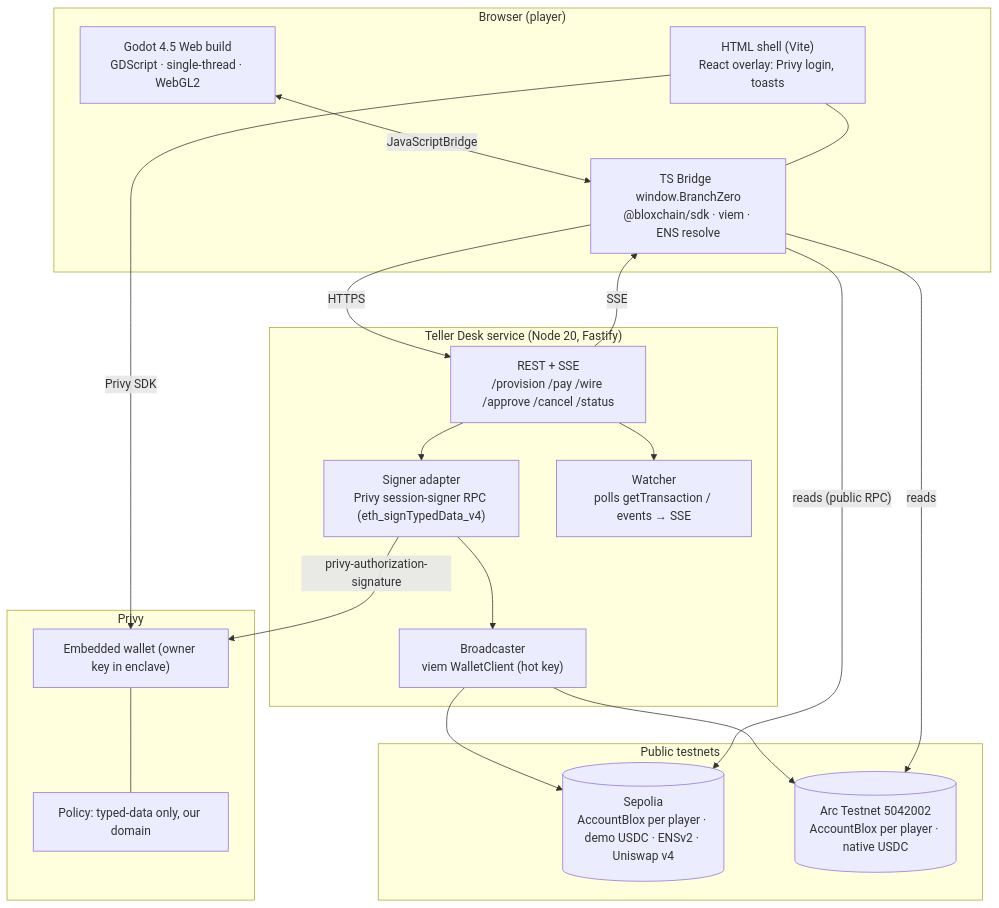
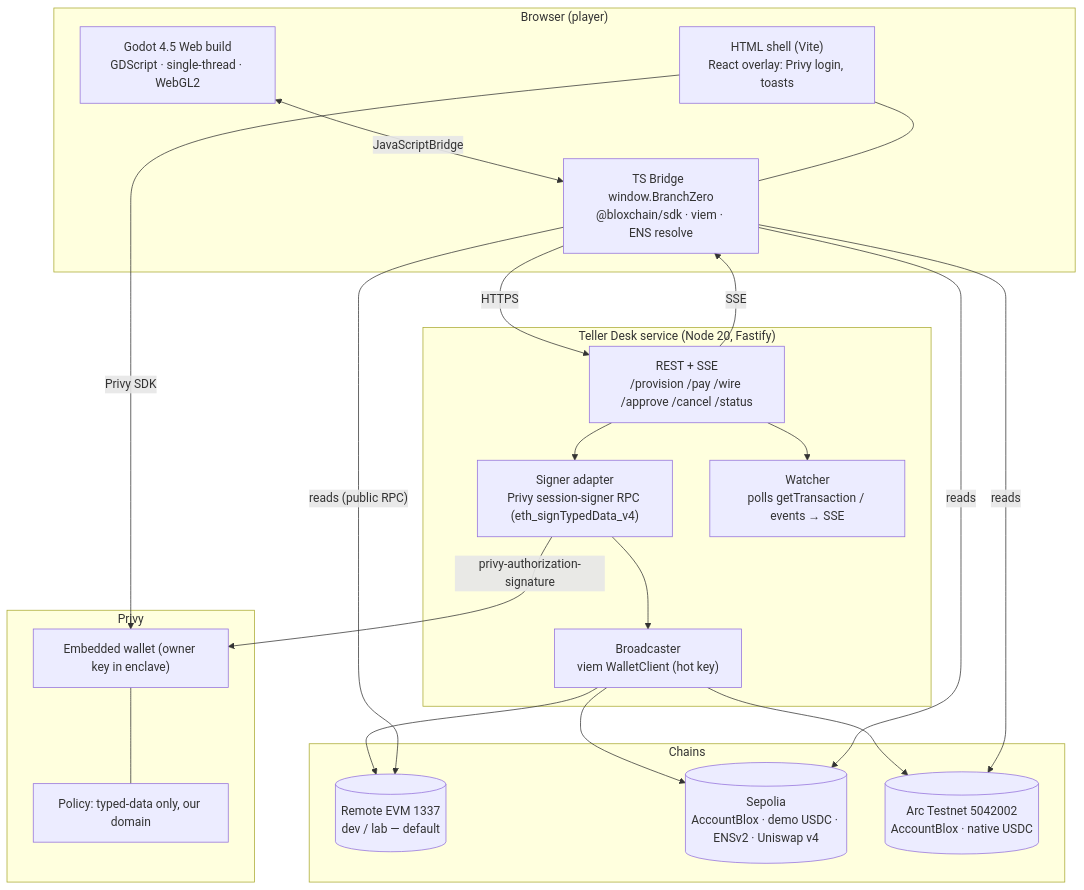
One commit to JaCoderX/Branch-Zero changed the first of 4 diagrams in docs/ARCHITECTURE.md. Above: the diagram before and after it, drawn with Mermaid. The commit also changed other lines of this file and 10 other files, not shown here.

First line of the commit message:
Bind craft/lab loop and Remote EVM into the Day-1 agent brief.

````diff
--- a/docs/ARCHITECTURE.md
+++ b/docs/ARCHITECTURE.md
@@ -11,39 +11,42 @@
 ```mermaid
 flowchart TB
   subgraph Browser["Browser (player)"]
     G["Godot 4.5 Web build<br/>GDScript · single-thread · WebGL2"]
     S["HTML shell (Vite)<br/>React overlay: Privy login, toasts"]
     B["TS Bridge  window.BranchZero<br/>@bloxchain/sdk · viem · ENS resolve"]
     G <-- "JavaScriptBridge" --> B
     S --- B
   end
 
   subgraph Server["Teller Desk service (Node 20, Fastify)"]
     API["REST + SSE<br/>/provision /pay /wire /approve /cancel /status"]
     SIG["Signer adapter<br/>Privy session-signer RPC (eth_signTypedData_v4)"]
     BC["Broadcaster<br/>viem WalletClient (hot key)"]
     IDX["Watcher<br/>polls getTransaction / events → SSE"]
     API --> SIG --> BC
     API --> IDX
   end
 
   subgraph Privy["Privy"]
     PW["Embedded wallet (owner key in enclave)"]
     POL["Policy: typed-data only, our domain"]
   end
 
-  subgraph Chains["Public testnets"]
-    SEP[("Sepolia<br/>AccountBlox per player · demo USDC · ENSv2 · Uniswap v4")]
-    ARC[("Arc Testnet 5042002<br/>AccountBlox per player · native USDC")]
+  subgraph Chains["Chains"]
+    DEV[("Remote EVM 1337<br/>dev / lab — default")]
+    SEP[("Sepolia<br/>AccountBlox · demo USDC · ENSv2 · Uniswap v4")]
+    ARC[("Arc Testnet 5042002<br/>AccountBlox · native USDC")]
   end
 
   B -- "HTTPS" --> API
   API -- "SSE" --> B
   S -- "Privy SDK" --> PW
   SIG -- "privy-authorization-signature" --> PW
   PW --- POL
+  BC --> DEV
   BC --> SEP
   BC --> ARC
-  B -- "reads (public RPC)" --> SEP
+  B -- "reads (public RPC)" --> DEV
+  B -- "reads" --> SEP
   B -- "reads" --> ARC
 ```
````
